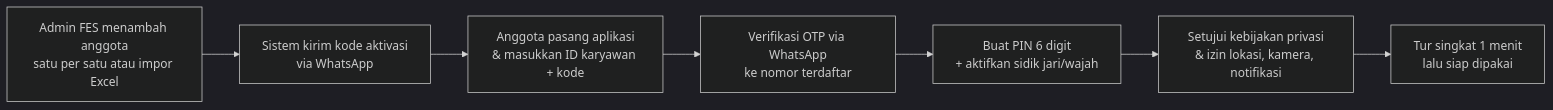
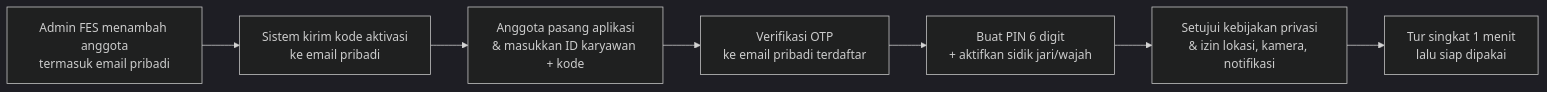
Before and after one commit to Ghyland17/leoghynizm: the first of 3 diagrams in PRD.md, drawn with Mermaid (dark theme). The commit also changed other lines of this file, not shown here.

First line of the commit message:
Switch activation codes and OTP to personal email in PRD

````diff
--- a/PRD.md
+++ b/PRD.md
@@ -425,9 +425,9 @@
 ```mermaid
 flowchart LR
-  A[Admin FES menambah anggota<br/>satu per satu atau impor Excel] --> B[Sistem kirim kode aktivasi<br/>via WhatsApp]
+  A[Admin FES menambah anggota<br/>termasuk email pribadi] --> B[Sistem kirim kode aktivasi<br/>ke email pribadi]
   B --> C[Anggota pasang aplikasi<br/>& masukkan ID karyawan + kode]
-  C --> D[Verifikasi OTP via WhatsApp<br/>ke nomor terdaftar]
+  C --> D[Verifikasi OTP<br/>ke email pribadi terdaftar]
   D --> E[Buat PIN 6 digit<br/>+ aktifkan sidik jari/wajah]
   E --> F[Setujui kebijakan privasi<br/>& izin lokasi, kamera, notifikasi]
   F --> G[Tur singkat 1 menit<br/>lalu siap dipakai]
 ```
````
